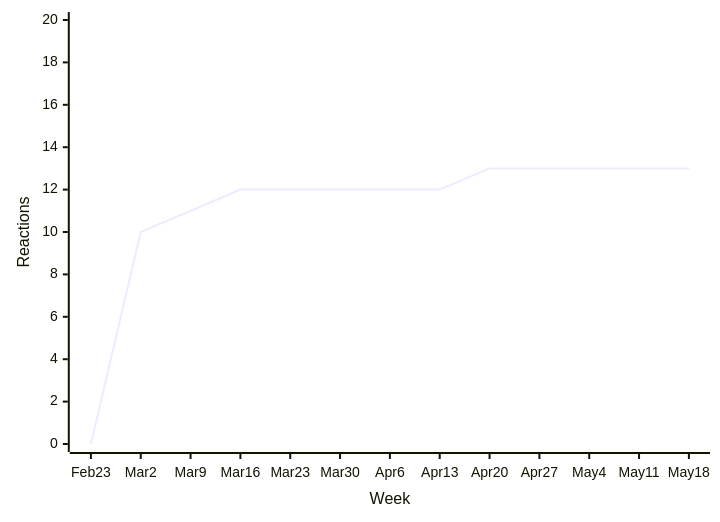
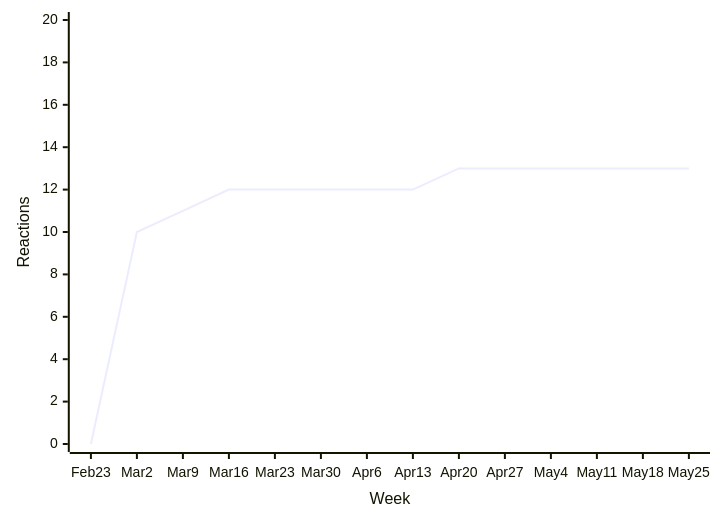
Before and after one commit to loic-sharma/github-insights: the tenth of 49 diagrams in README.md, drawn with Mermaid. The commit also changed other lines of this file and 3 other files, not shown here.

````diff
--- a/README.md
+++ b/README.md
@@ -492,6 +492,6 @@
   ```mermaid
   xychart-beta
-    x-axis "Week" [Feb 23, Mar 2, Mar 9, Mar 16, Mar 23, Mar 30, Apr 6, Apr 13, Apr 20, Apr 27, May 4, May 11, May 18]
+    x-axis "Week" [Feb 23, Mar 2, Mar 9, Mar 16, Mar 23, Mar 30, Apr 6, Apr 13, Apr 20, Apr 27, May 4, May 11, May 18, May 25]
     y-axis "Reactions" 0 --> 20
-    line [0, 10, 11, 12, 12, 12, 12, 12, 13, 13, 13, 13, 13]
+    line [0, 10, 11, 12, 12, 12, 12, 12, 13, 13, 13, 13, 13, 13]
   ```
````
